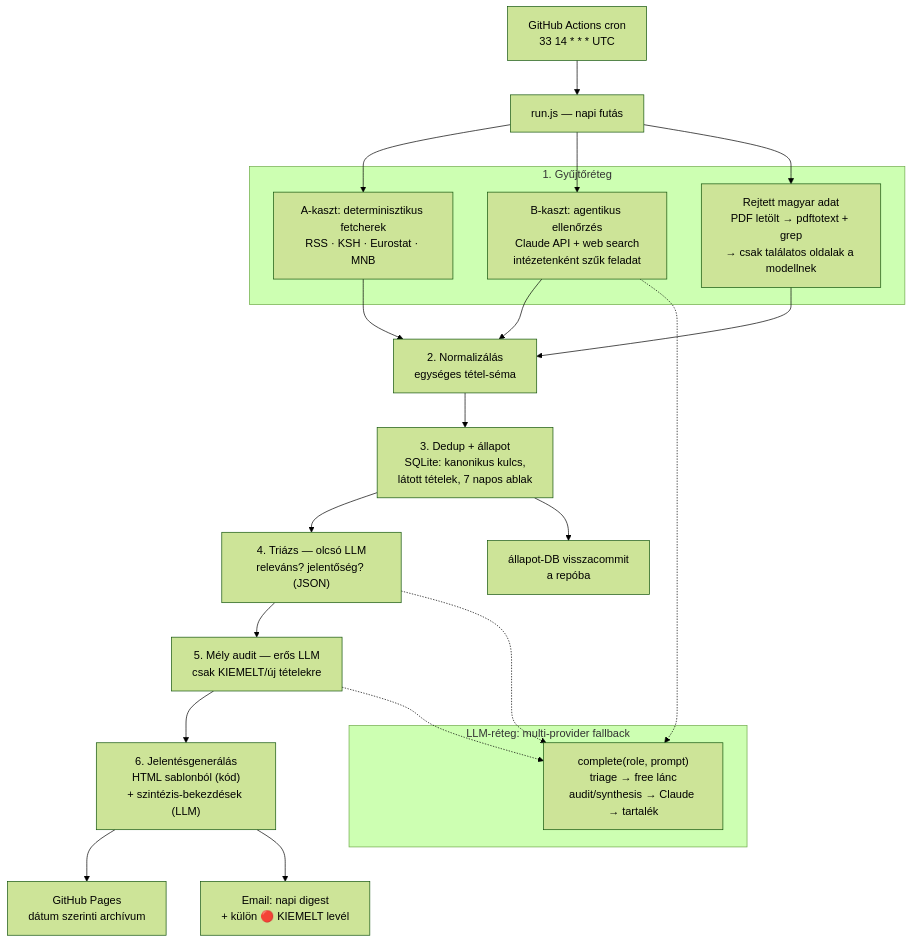
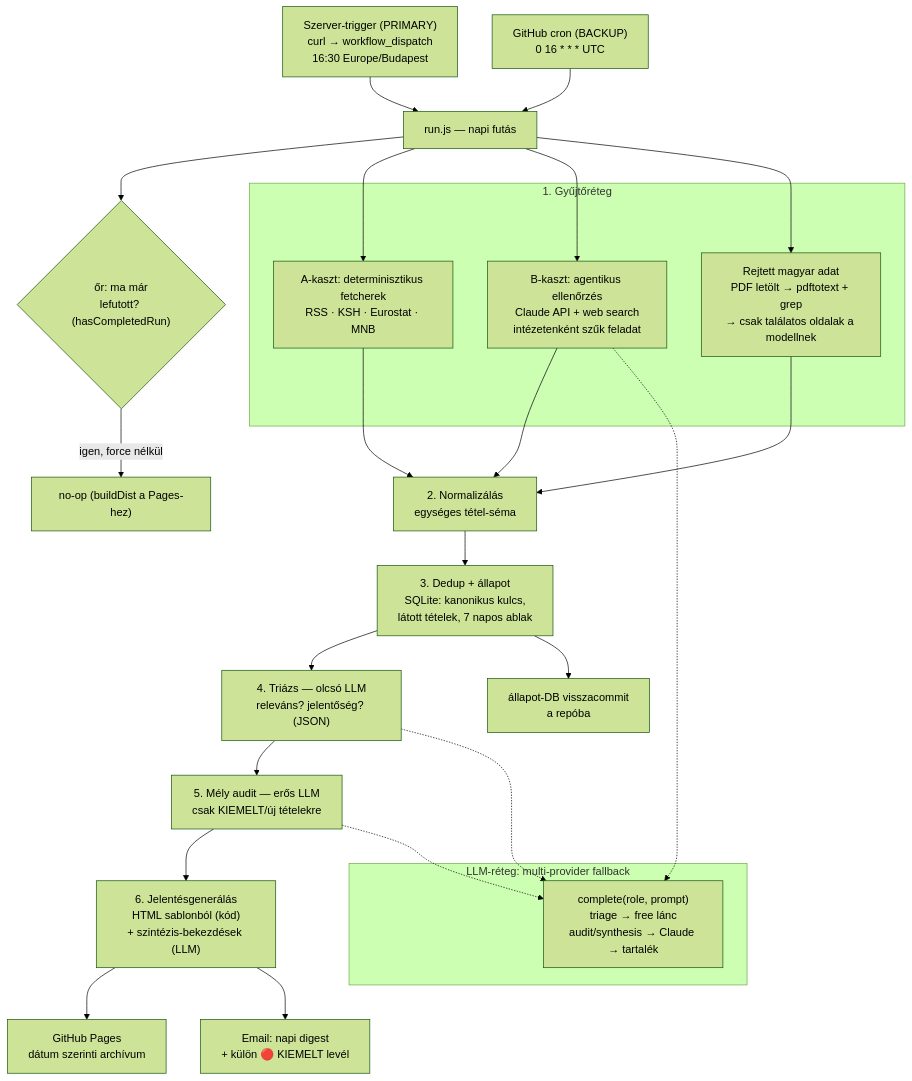
Before and after one commit to Goszmarton/survey-monitor: the diagram in docs/ARCHITEKTURA.md, drawn with Mermaid (forest theme). The commit also changed other lines of this file and 8 other files, not shown here.

````diff
--- a/docs/ARCHITEKTURA.md
+++ b/docs/ARCHITEKTURA.md
@@ -42,35 +42,38 @@
 ```mermaid
 flowchart TD
-    CRON["GitHub Actions cron\n33 14 * * * UTC"] --> RUN[run.js — napi futás]
+    SRV["Szerver-trigger (PRIMARY)\ncurl → workflow_dispatch\n16:30 Europe/Budapest"] --> RUN[run.js — napi futás]
+    CRON["GitHub cron (BACKUP)\n0 16 * * * UTC"] --> RUN
+    RUN --> GUARD{"őr: ma már\nlefutott? (hasCompletedRun)"}
+    GUARD -->|igen, force nélkül| SKIP["no-op (buildDist a Pages-hez)"]
 
     subgraph GYUJTES["1. Gyűjtőréteg"]
         A["A-kaszt: determinisztikus fetcherek\nRSS · KSH · Eurostat · MNB"]
         B["B-kaszt: agentikus ellenőrzés\nClaude API + web search\nintézetenként szűk feladat"]
         C["Rejtett magyar adat\nPDF letölt → pdftotext + grep\n→ csak találatos oldalak a modellnek"]
     end
 
     RUN --> A
     RUN --> B
     RUN --> C
 
     A --> NORM["2. Normalizálás\negységes tétel-séma"]
     B --> NORM
     C --> NORM
 
     NORM --> DEDUP["3. Dedup + állapot\nSQLite: kanonikus kulcs,\nlátott tételek, 7 napos ablak"]
     DEDUP --> TRIAGE["4. Triázs — olcsó LLM\nreleváns? jelentőség? (JSON)"]
     TRIAGE --> AUDIT["5. Mély audit — erős LLM\ncsak KIEMELT/új tételekre"]
     AUDIT --> REPORT["6. Jelentésgenerálás\nHTML sablonból (kód)\n+ szintézis-bekezdések (LLM)"]
 
     REPORT --> PAGES["GitHub Pages\ndátum szerinti archívum"]
     REPORT --> MAIL["Email: napi digest\n+ külön 🔴 KIEMELT levél"]
     DEDUP --> COMMIT["állapot-DB visszacommit\na repóba"]
 
     subgraph LLMLAYER["LLM-réteg: multi-provider fallback"]
         P["complete(role, prompt)\ntriage → free lánc\naudit/synthesis → Claude → tartalék"]
     end
 
     TRIAGE -.-> P
     AUDIT -.-> P
     B -.-> P
 ```
````
